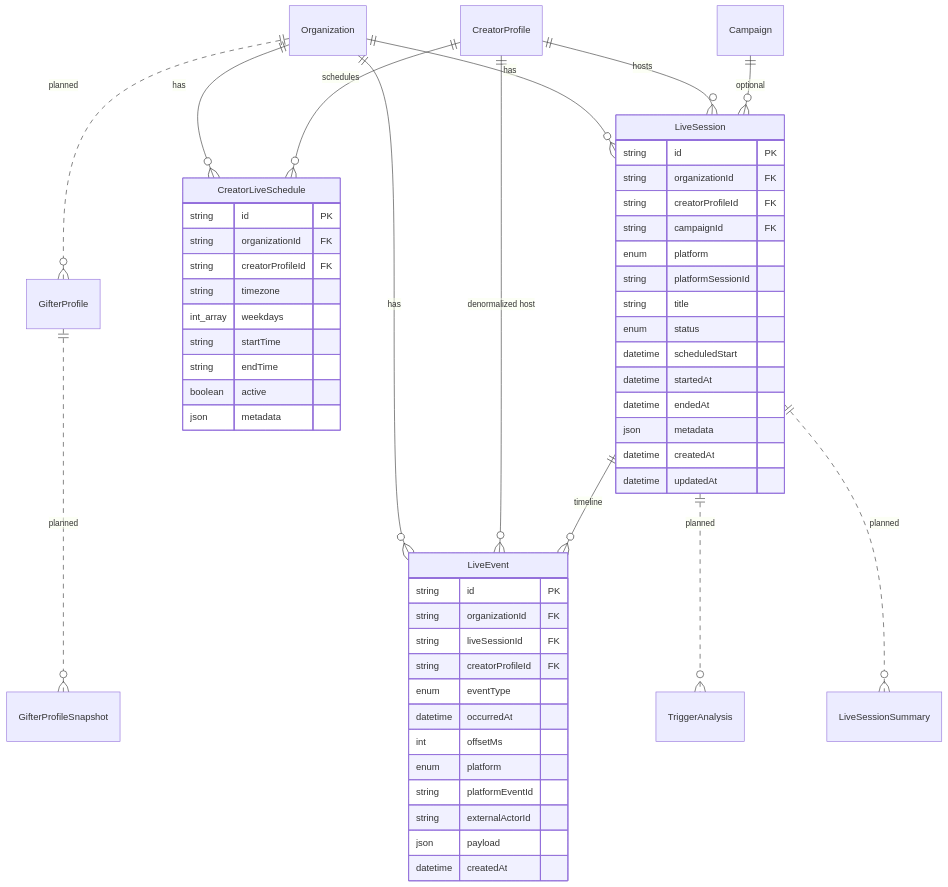
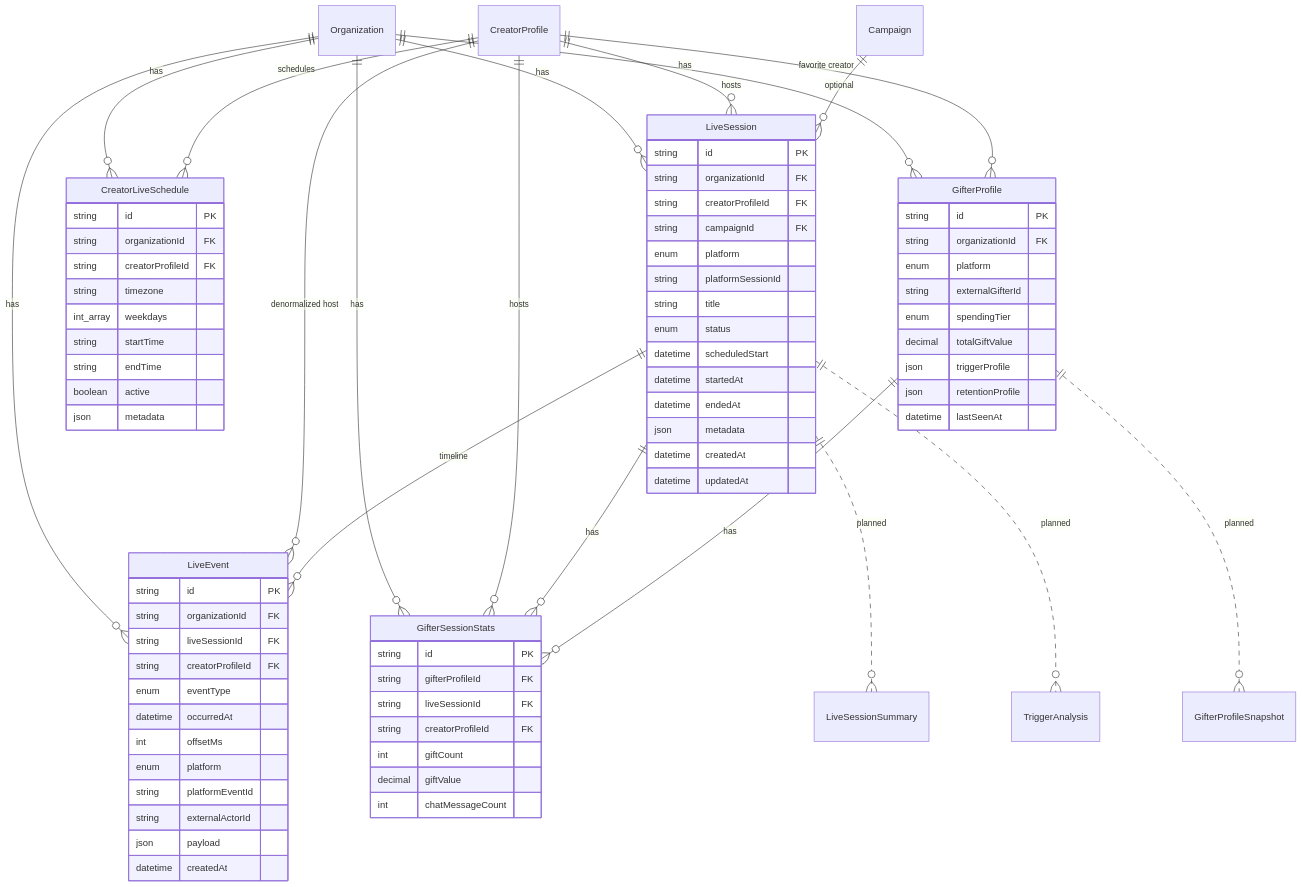
The diagram in docs/database/live-intelligence-erd.md (kolab-kevin/kolab-platform), drawn with Mermaid before and after one commit. The commit also changed other lines of this file and 5 other files, not shown here.

Commit message:
feat(database): add gifter profile schema

```diff
--- a/docs/database/live-intelligence-erd.md
+++ b/docs/database/live-intelligence-erd.md
@@ -27,15 +27,42 @@
   Organization ||--o{ LiveSession : has
   Organization ||--o{ CreatorLiveSchedule : has
   Organization ||--o{ LiveEvent : has
-  Organization ||..o{ GifterProfile : "planned"
+  Organization ||--o{ GifterProfile : has
+  Organization ||--o{ GifterSessionStats : has
   CreatorProfile ||--o{ LiveSession : hosts
   CreatorProfile ||--o{ CreatorLiveSchedule : schedules
   CreatorProfile ||--o{ LiveEvent : "denormalized host"
+  CreatorProfile ||--o{ GifterProfile : "favorite creator"
+  CreatorProfile ||--o{ GifterSessionStats : hosts
   Campaign ||--o{ LiveSession : optional
   LiveSession ||--o{ LiveEvent : timeline
+  LiveSession ||--o{ GifterSessionStats : has
+  GifterProfile ||--o{ GifterSessionStats : has
   LiveSession ||..o{ LiveSessionSummary : "planned"
   LiveSession ||..o{ TriggerAnalysis : "planned"
   GifterProfile ||..o{ GifterProfileSnapshot : "planned"
+
+  GifterProfile {
+    string id PK
+    string organizationId FK
+    enum platform
+    string externalGifterId
+    enum spendingTier
+    decimal totalGiftValue
+    json triggerProfile
+    json retentionProfile
+    datetime lastSeenAt
+  }
+
+  GifterSessionStats {
+    string id PK
+    string gifterProfileId FK
+    string liveSessionId FK
+    string creatorProfileId FK
+    int giftCount
+    decimal giftValue
+    int chatMessageCount
+  }
 
   LiveEvent {
     string id PK
```
